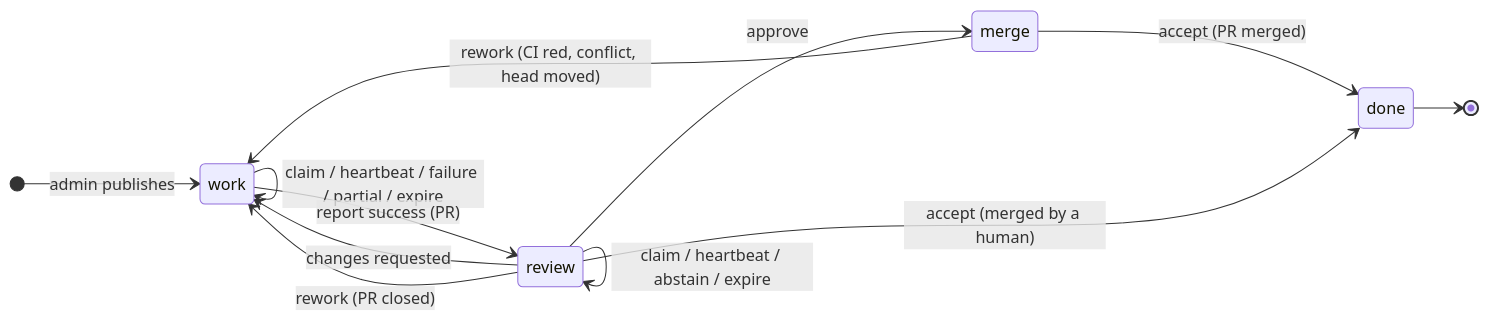
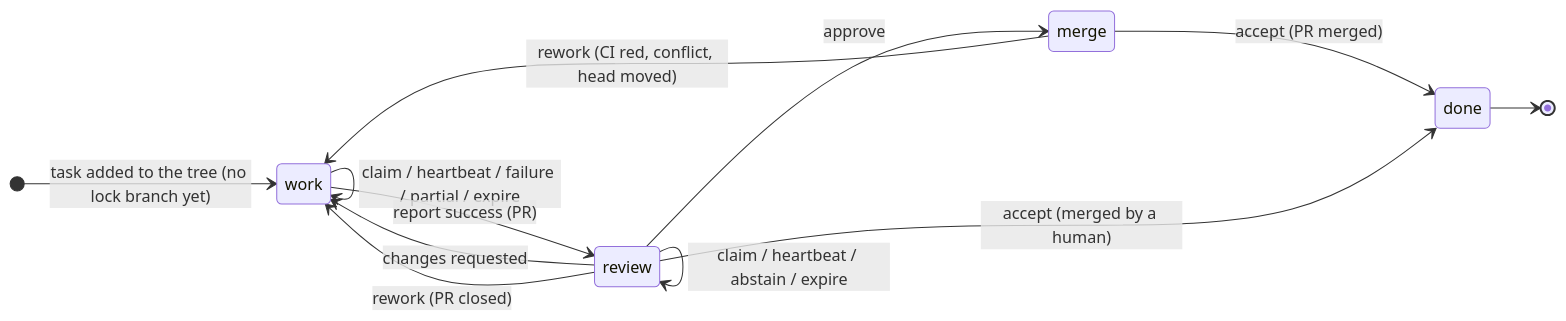
Before and after one commit to autoformalize-everything/afe-fleet: the diagram in docs/DESIGN.md, drawn with Mermaid. The commit also changed other lines of this file and 3 other files, not shown here.

First line of the commit message:
Workers create lock branches; admin grants write on request

````diff
--- a/docs/DESIGN.md
+++ b/docs/DESIGN.md
@@ -19,15 +19,15 @@
 ```mermaid
 stateDiagram-v2
     direction LR
-    [*] --> work: admin publishes
+    [*] --> work: task added to the tree (no lock branch yet)
     work --> work: claim / heartbeat / failure / partial / expire
     work --> review: report success (PR)
     review --> review: claim / heartbeat / abstain / expire
     review --> merge: approve
     review --> work: changes requested
     merge --> done: accept (PR merged)
     merge --> work: rework (CI red, conflict, head moved)
     review --> work: rework (PR closed)
     review --> done: accept (merged by a human)
     done --> [*]
 ```
````
